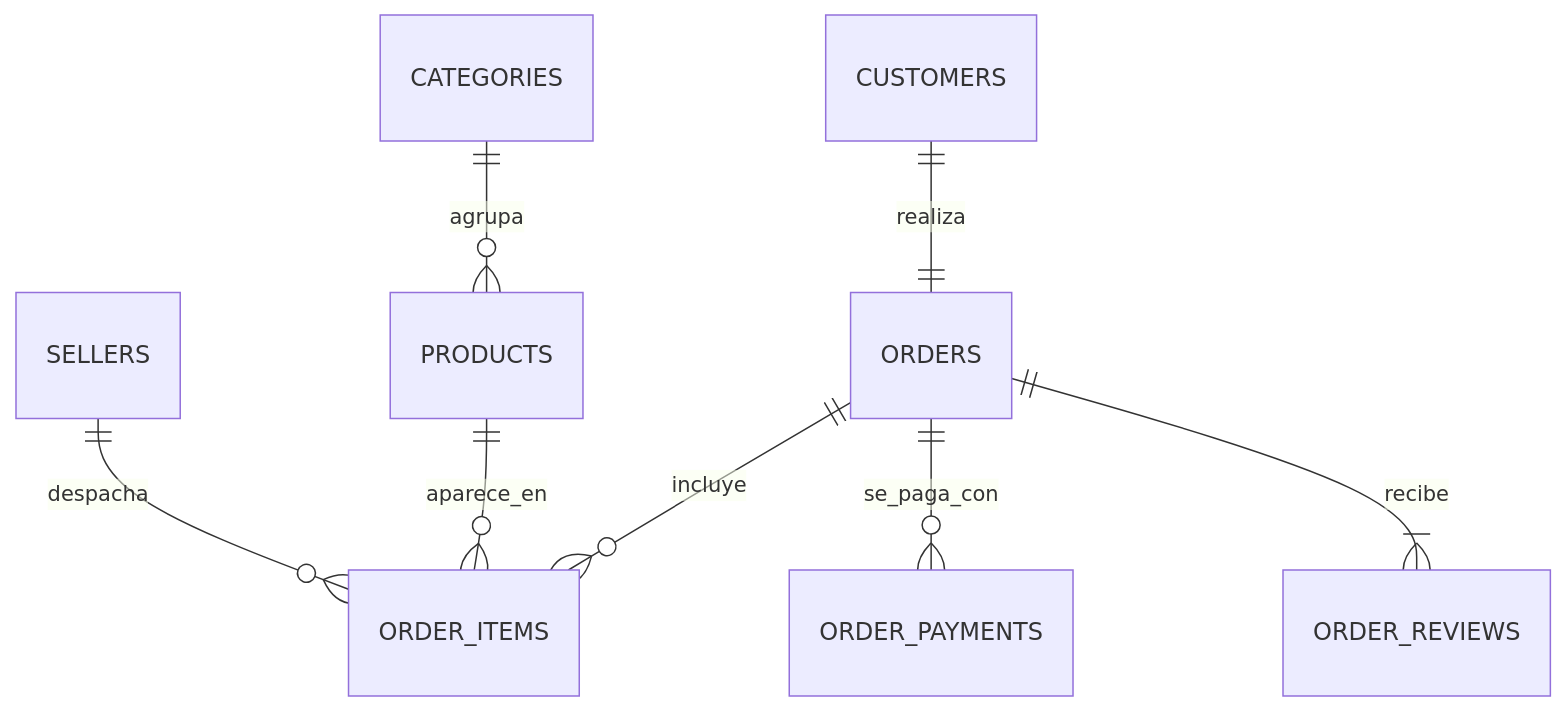
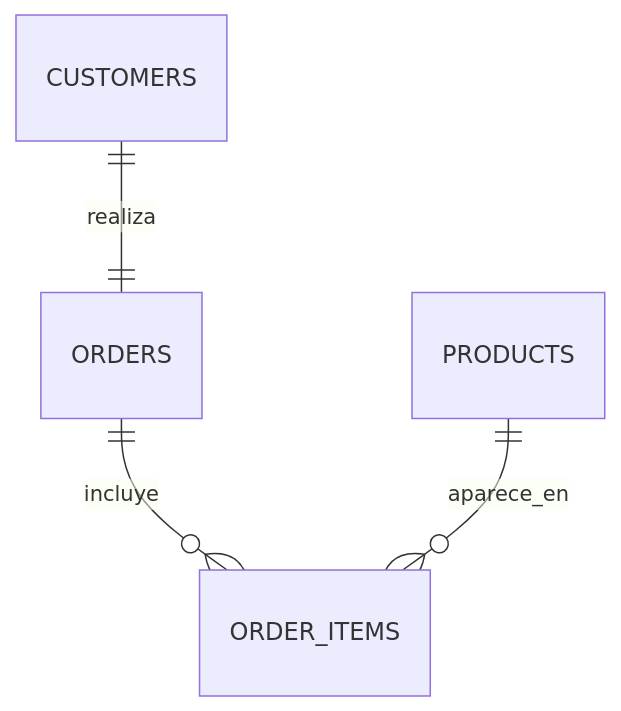
One commit to JFWorner/capstone_project changed the diagram in README.md. Above: the diagram before and after it, drawn with Mermaid. The commit also changed other lines of this file and 5 other files, not shown here.

````diff
--- a/README.md
+++ b/README.md
@@ -3,10 +27,6 @@
 ```mermaid
 erDiagram
-    CATEGORIES   ||--o{ PRODUCTS       : agrupa
-    CUSTOMERS    ||--|| ORDERS         : realiza
-    ORDERS       ||--o{ ORDER_ITEMS    : incluye
-    ORDERS       ||--o{ ORDER_PAYMENTS : se_paga_con
-    ORDERS       ||--|{ ORDER_REVIEWS  : recibe
-    PRODUCTS     ||--o{ ORDER_ITEMS    : aparece_en
-    SELLERS      ||--o{ ORDER_ITEMS    : despacha
+    CUSTOMERS ||--|| ORDERS      : realiza
+    ORDERS    ||--o{ ORDER_ITEMS : incluye
+    PRODUCTS  ||--o{ ORDER_ITEMS : aparece_en
 ```
````
